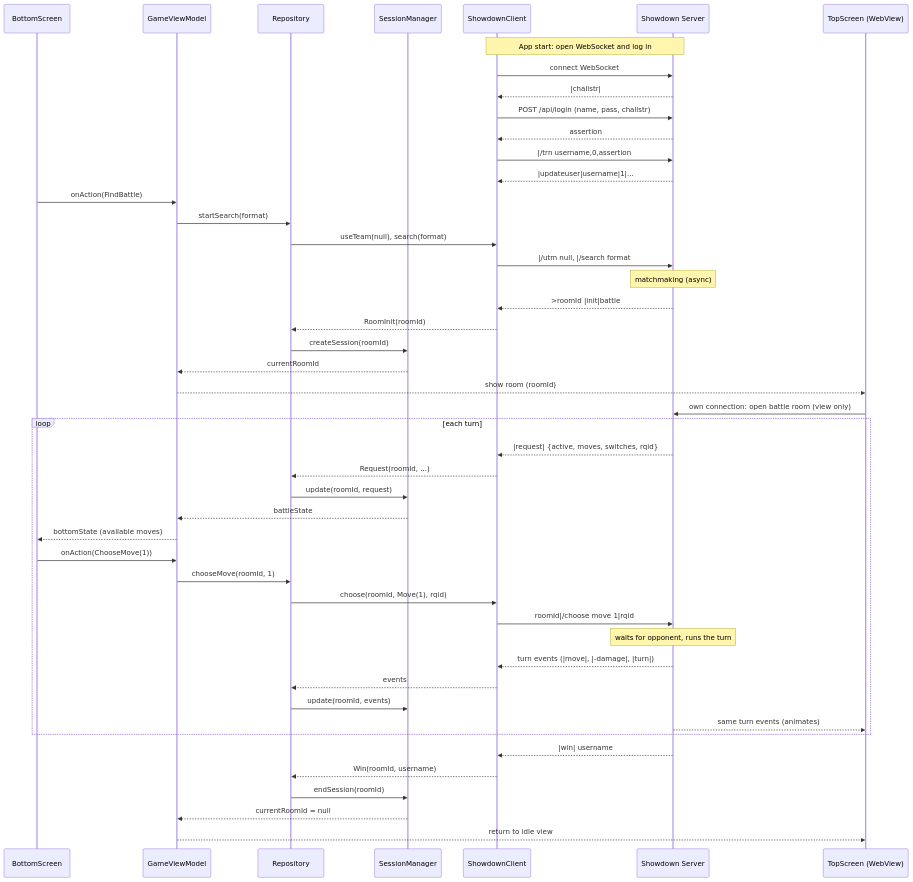
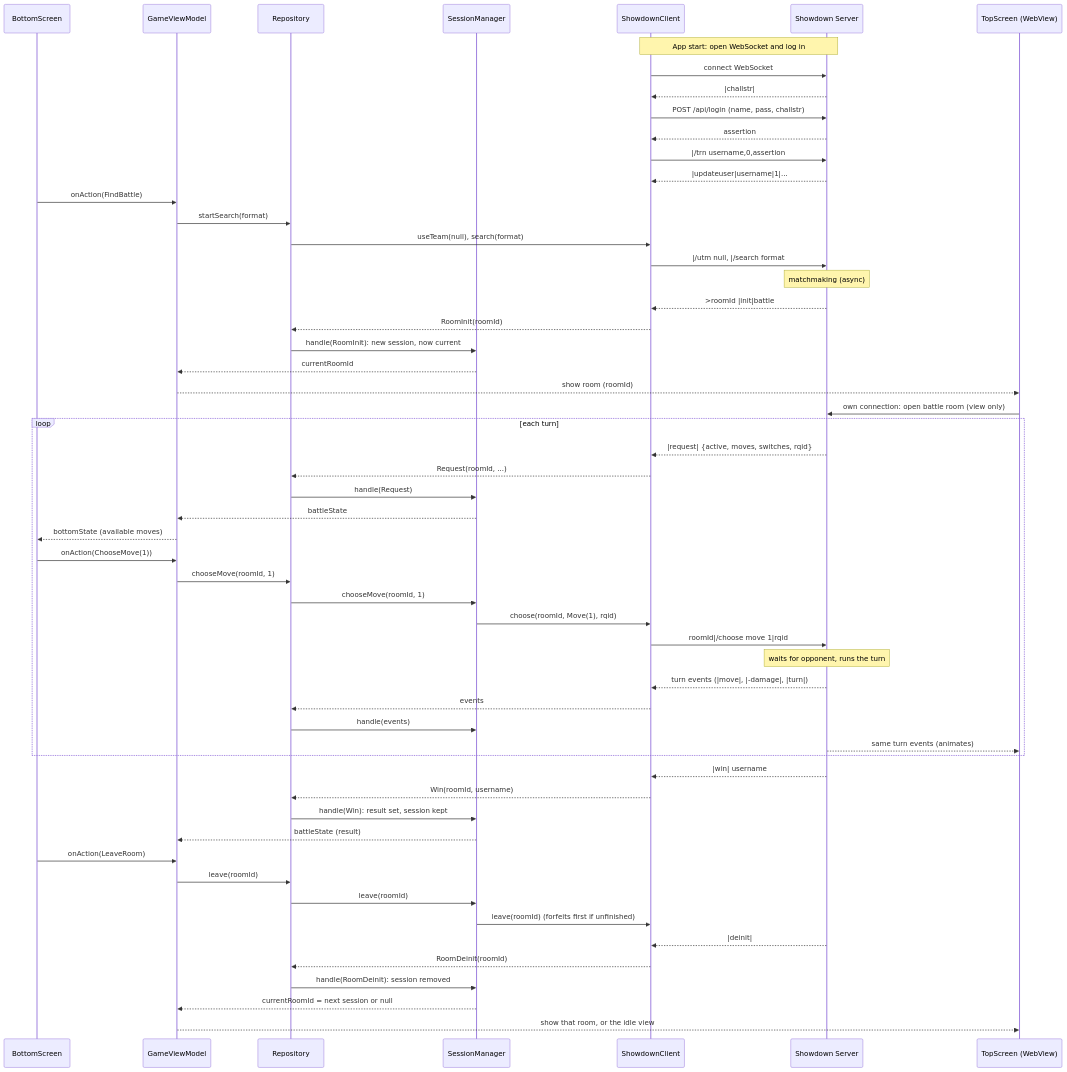
Before and after one commit to jaydenfont/ThorShowdown: the second of 2 diagrams in context/design/architecture.md, drawn with Mermaid. The commit also changed other lines of this file and 18 other files, not shown here.

First line of the commit message:
Add session manager for battle rooms (#6)

````diff
--- a/context/design/architecture.md
+++ b/context/design/architecture.md
@@ -66,53 +67,62 @@
 ```mermaid
 sequenceDiagram
     participant B as BottomScreen
     participant VM as GameViewModel
     participant R as Repository
     participant SM as SessionManager
     participant C as ShowdownClient
     participant S as Showdown Server
     participant W as TopScreen (WebView)
 
     Note over C,S: App start: open WebSocket and log in
     C->>S: connect WebSocket
     S-->>C: |challstr|
     C->>S: POST /api/login (name, pass, challstr)
     S-->>C: assertion
     C->>S: |/trn username,0,assertion
     S-->>C: |updateuser|username|1|...
 
     B->>VM: onAction(FindBattle)
     VM->>R: startSearch(format)
     R->>C: useTeam(null), search(format)
     C->>S: |/utm null, |/search format
     Note over S: matchmaking (async)
     S-->>C: >roomId |init|battle
     C-->>R: RoomInit(roomId)
-    R->>SM: createSession(roomId)
+    R->>SM: handle(RoomInit): new session, now current
     SM-->>VM: currentRoomId
     VM-->>W: show room (roomId)
     W->>S: own connection: open battle room (view only)
 
     loop each turn
         S-->>C: |request| {active, moves, switches, rqid}
         C-->>R: Request(roomId, ...)
-        R->>SM: update(roomId, request)
+        R->>SM: handle(Request)
         SM-->>VM: battleState
         VM-->>B: bottomState (available moves)
         B->>VM: onAction(ChooseMove(1))
         VM->>R: chooseMove(roomId, 1)
-        R->>C: choose(roomId, Move(1), rqid)
+        R->>SM: chooseMove(roomId, 1)
+        SM->>C: choose(roomId, Move(1), rqid)
         C->>S: roomId|/choose move 1|rqid
         Note over S: waits for opponent, runs the turn
         S-->>C: turn events (|move|, |-damage|, |turn|)
         C-->>R: events
-        R->>SM: update(roomId, events)
+        R->>SM: handle(events)
         S-->>W: same turn events (animates)
     end
 
     S-->>C: |win| username
     C-->>R: Win(roomId, username)
-    R->>SM: endSession(roomId)
-    SM-->>VM: currentRoomId = null
-    VM-->>W: return to idle view
+    R->>SM: handle(Win): result set, session kept
+    SM-->>VM: battleState (result)
+    B->>VM: onAction(LeaveRoom)
+    VM->>R: leave(roomId)
+    R->>SM: leave(roomId)
+    SM->>C: leave(roomId) (forfeits first if unfinished)
+    S-->>C: |deinit|
+    C-->>R: RoomDeinit(roomId)
+    R->>SM: handle(RoomDeinit): session removed
+    SM-->>VM: currentRoomId = next session or null
+    VM-->>W: show that room, or the idle view
 ```
````
